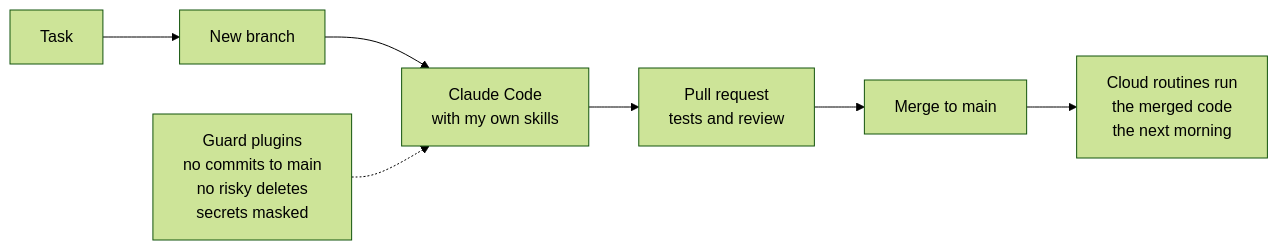
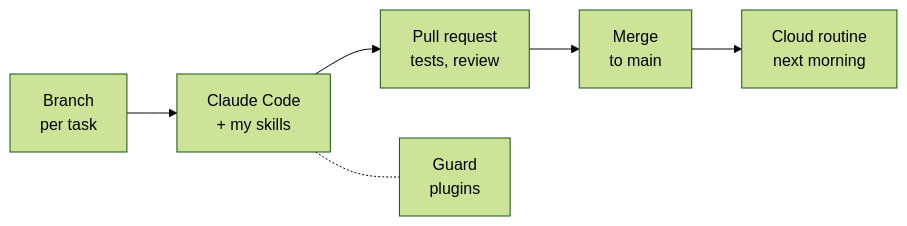
Before and after one commit to bnivibe/bnivibe: the first of 2 diagrams in README.md, drawn with Mermaid (forest theme). The commit also changed other lines of this file, not shown here.

First line of the commit message:
[claude] fix: make profile diagrams readable and render reliably

````diff
--- a/README.md
+++ b/README.md
@@ -33,9 +33,8 @@
 ```mermaid
 flowchart LR
-    T["Task"] --> B["New branch"]
-    B --> C["Claude Code<br/>with my own skills"]
-    C --> P["Pull request<br/>tests and review"]
-    P --> M["Merge to main"]
-    M --> R["Cloud routines run<br/>the merged code<br/>the next morning"]
-    G["Guard plugins<br/>no commits to main<br/>no risky deletes<br/>secrets masked"] -.-> C
+    B["Branch<br/>per task"] --> C["Claude Code<br/>+ my skills"]
+    C --> P["Pull request<br/>tests, review"]
+    P --> M["Merge<br/>to main"]
+    M --> R["Cloud routine<br/>next morning"]
+    C -.- G["Guard<br/>plugins"]
 ```
````
